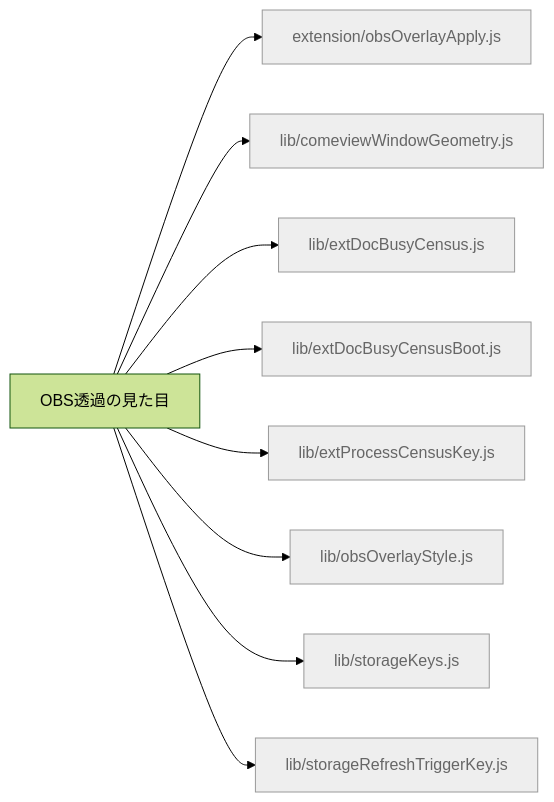
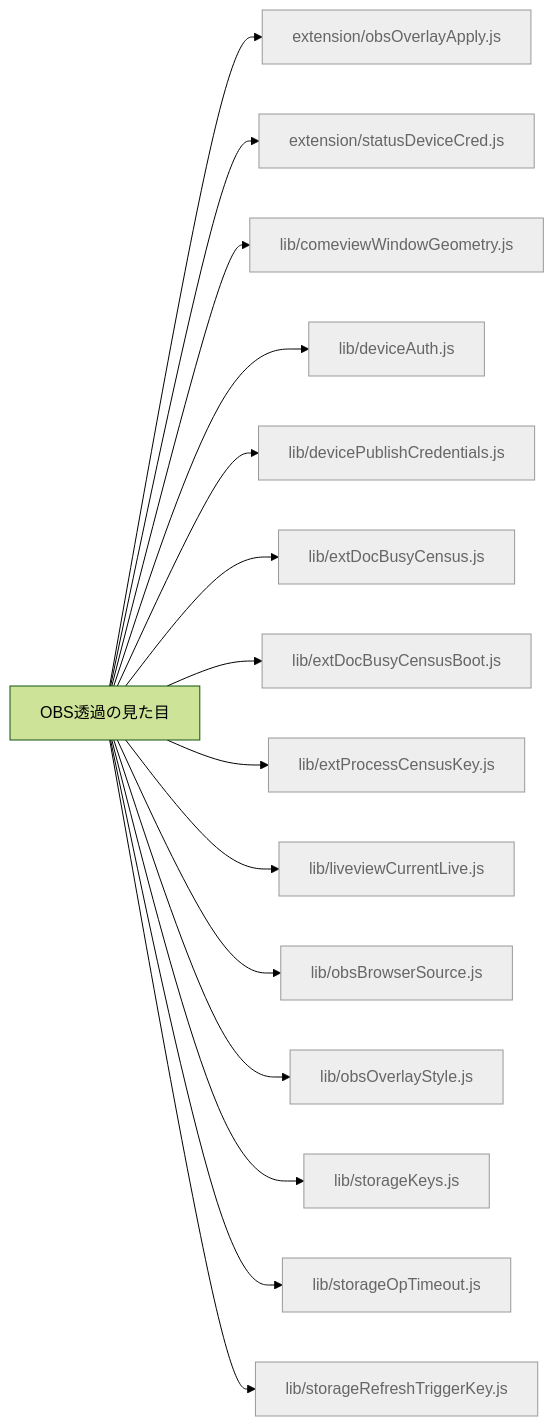
One commit to kimito-link/tsuioku-no-kirameki.com changed the diagram in docs/feature-map/obs-style.md. Above: the diagram before and after it, drawn with Mermaid (forest theme). The commit also changed other lines of this file and 54 other files, not shown here.

````diff
--- a/docs/feature-map/obs-style.md
+++ b/docs/feature-map/obs-style.md
@@ -13,13 +13,19 @@
 ```mermaid
 graph LR
   n_obs_style["OBS透過の見た目"]
   n_obs_style --> n_src_extension_obsOverlayApply_js["extension/obsOverlayApply.js"]:::shared
+  n_obs_style --> n_src_extension_statusDeviceCred_js["extension/statusDeviceCred.js"]:::shared
   n_obs_style --> n_src_lib_comeviewWindowGeometry_js["lib/comeviewWindowGeometry.js"]:::shared
+  n_obs_style --> n_src_lib_deviceAuth_js["lib/deviceAuth.js"]:::shared
+  n_obs_style --> n_src_lib_devicePublishCredentials_js["lib/devicePublishCredentials.js"]:::shared
   n_obs_style --> n_src_lib_extDocBusyCensus_js["lib/extDocBusyCensus.js"]:::shared
   n_obs_style --> n_src_lib_extDocBusyCensusBoot_js["lib/extDocBusyCensusBoot.js"]:::shared
   n_obs_style --> n_src_lib_extProcessCensusKey_js["lib/extProcessCensusKey.js"]:::shared
+  n_obs_style --> n_src_lib_liveviewCurrentLive_js["lib/liveviewCurrentLive.js"]:::shared
+  n_obs_style --> n_src_lib_obsBrowserSource_js["lib/obsBrowserSource.js"]:::shared
   n_obs_style --> n_src_lib_obsOverlayStyle_js["lib/obsOverlayStyle.js"]:::shared
   n_obs_style --> n_src_lib_storageKeys_js["lib/storageKeys.js"]:::shared
+  n_obs_style --> n_src_lib_storageOpTimeout_js["lib/storageOpTimeout.js"]:::shared
   n_obs_style --> n_src_lib_storageRefreshTriggerKey_js["lib/storageRefreshTriggerKey.js"]:::shared
   classDef shared fill:#eee,stroke:#999,color:#666;
 ```
````
